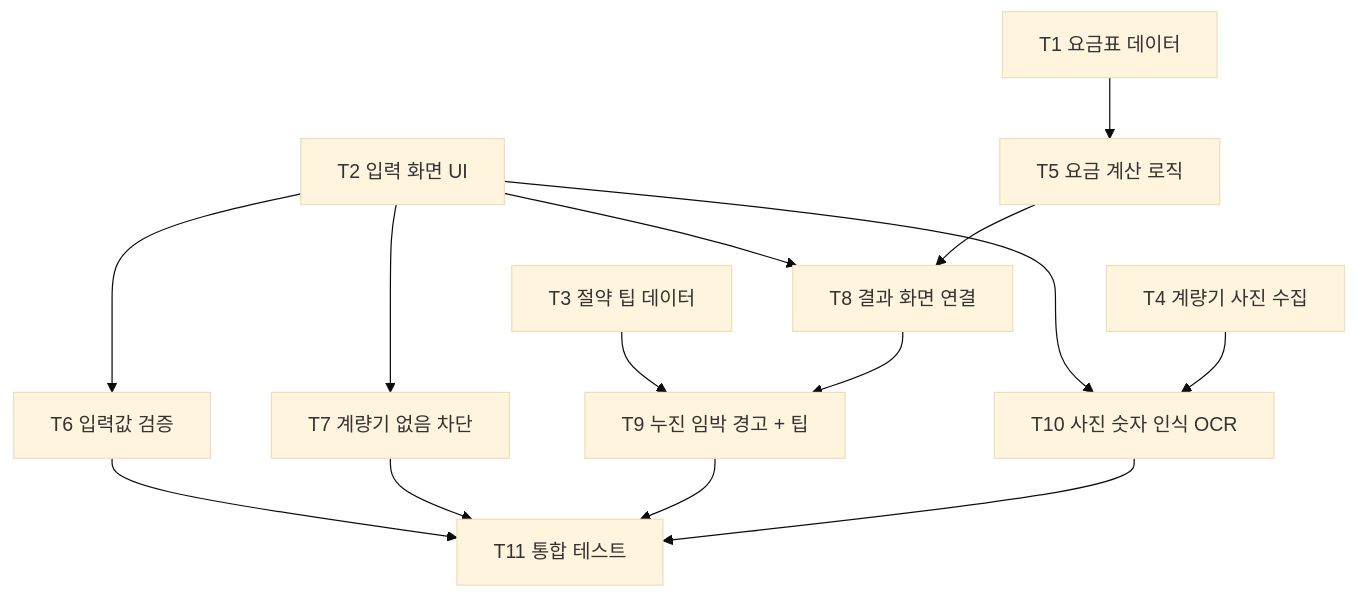
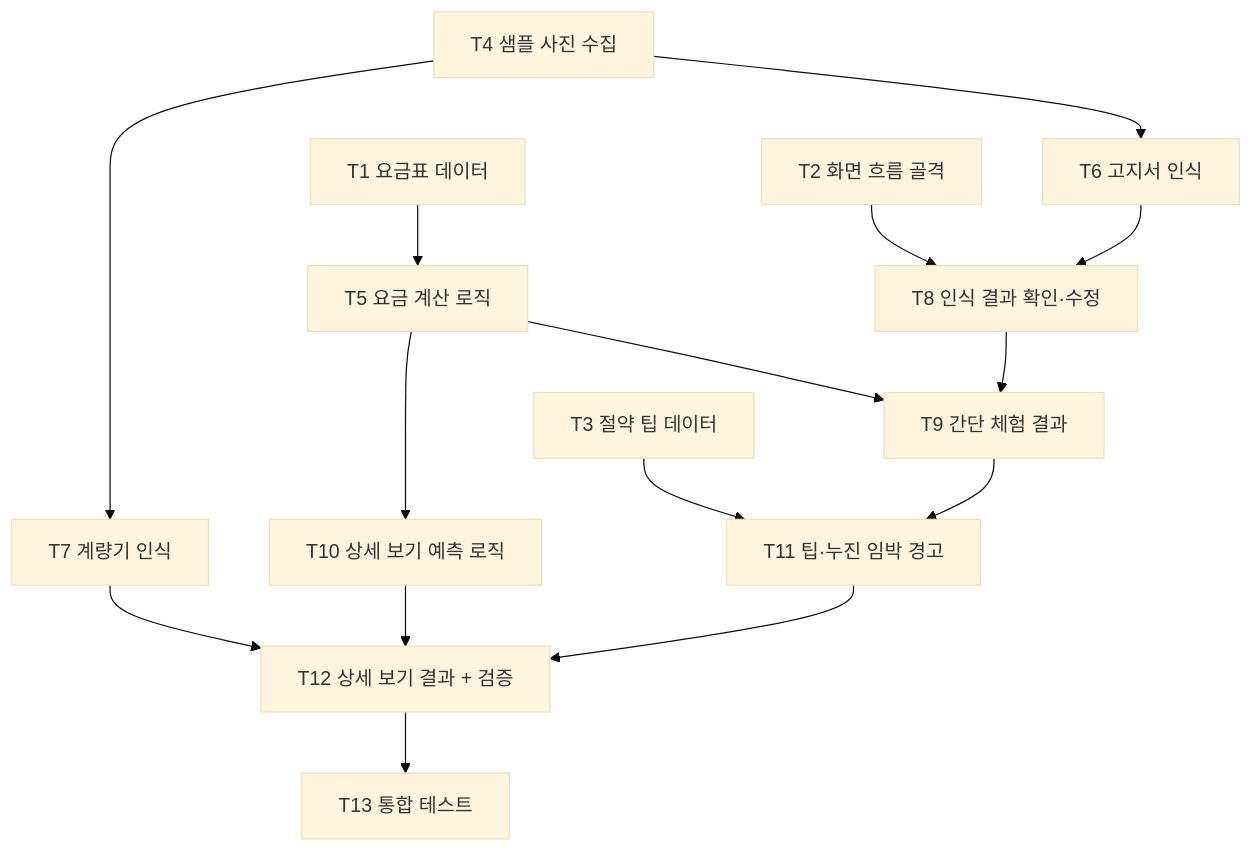
Before and after one commit to phj316/aix-2026f-team07: the diagram in docs/week-05.md, drawn with Mermaid (base theme). The commit also changed other lines of this file, not shown here.

````diff
--- a/docs/week-05.md
+++ b/docs/week-05.md
@@ -38,16 +51,17 @@
 ```mermaid
 graph TD
     T1[T1 요금표 데이터] --> T5[T5 요금 계산 로직]
-    T2[T2 입력 화면 UI] --> T6[T6 입력값 검증]
-    T2 --> T7[T7 계량기 없음 차단]
-    T2 --> T8[T8 결과 화면 연결]
-    T5 --> T8
-    T3[T3 절약 팁 데이터] --> T9[T9 누진 임박 경고 + 팁]
+    T2[T2 화면 흐름 골격] --> T8[T8 인식 결과 확인·수정]
+    T4[T4 샘플 사진 수집] --> T6[T6 고지서 인식]
+    T4 --> T7[T7 계량기 인식]
+    T6 --> T8
+    T5 --> T9[T9 간단 체험 결과]
     T8 --> T9
-    T2 --> T10[T10 사진 숫자 인식 OCR]
-    T4[T4 계량기 사진 수집] --> T10
-    T6 --> T11[T11 통합 테스트]
-    T7 --> T11
+    T5 --> T10[T10 상세 보기 예측 로직]
+    T3[T3 절약 팁 데이터] --> T11[T11 팁·누진 임박 경고]
     T9 --> T11
-    T10 --> T11
+    T7 --> T12[T12 상세 보기 결과 + 검증]
+    T10 --> T12
+    T11 --> T12
+    T12 --> T13[T13 통합 테스트]
 ```
````
